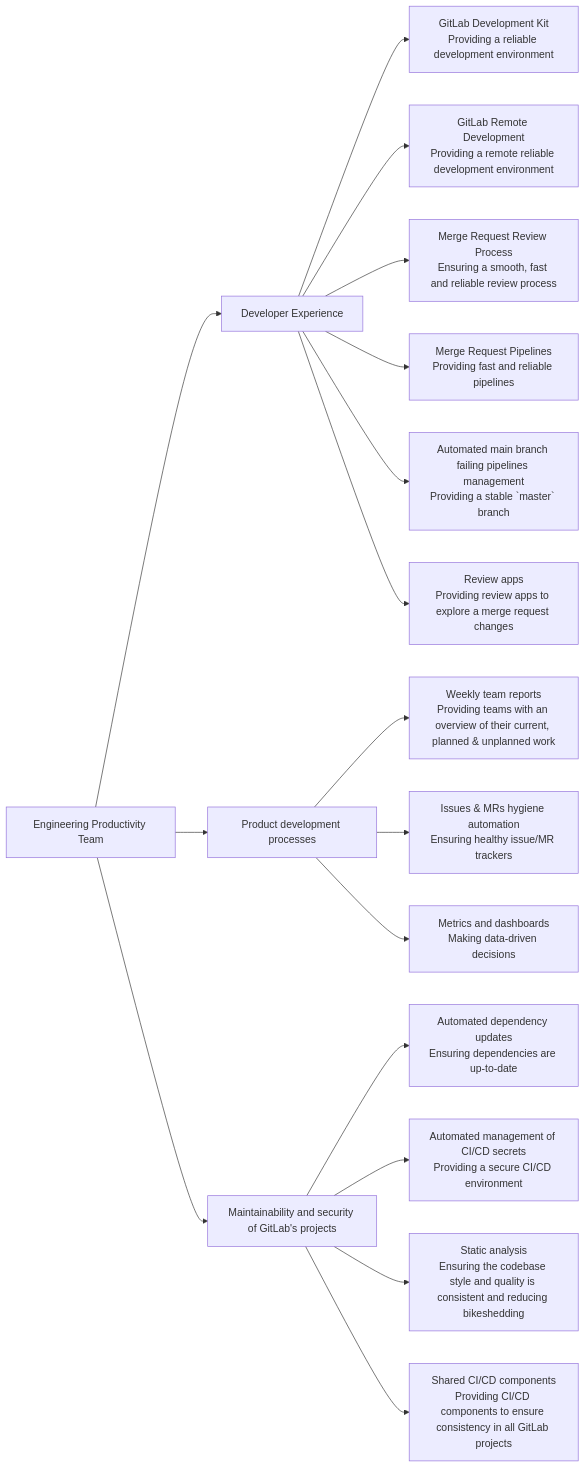
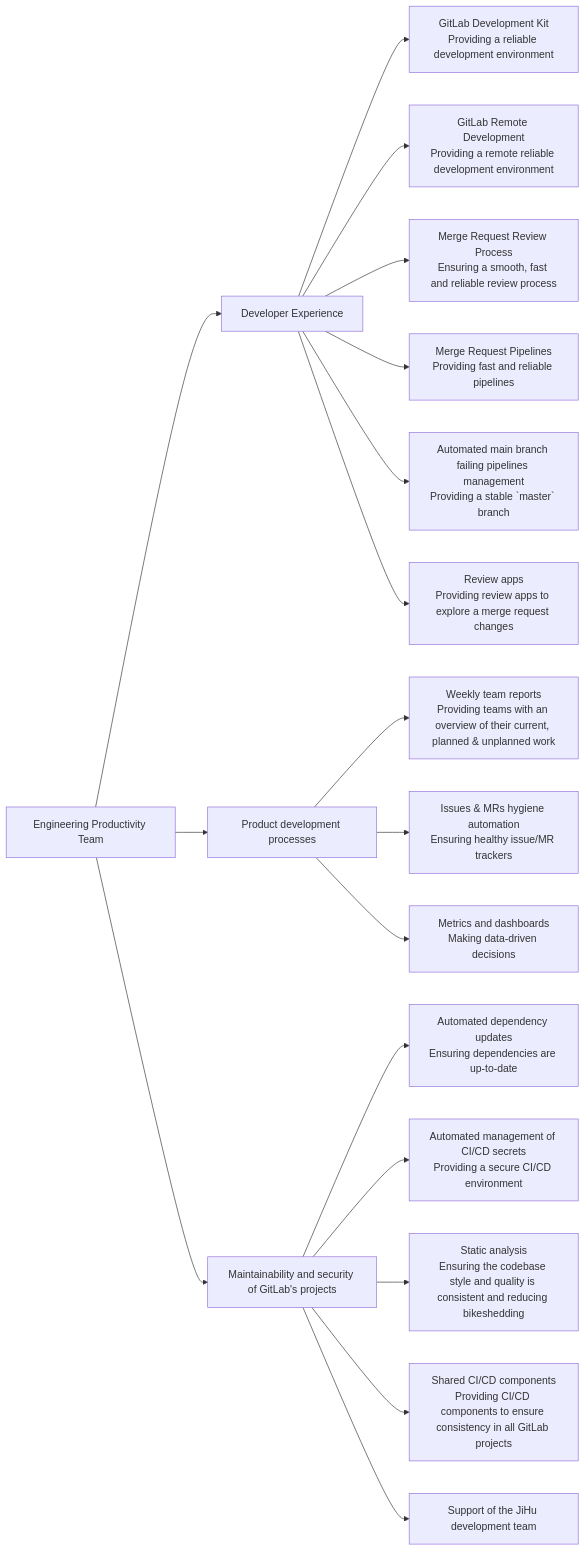
The diagram in content/handbook/engineering/infrastructure/engineering-productivity/_index.md (moliver28/research-handbook), drawn with Mermaid before and after one commit. The commit also changed other lines of this file, not shown here.

Commit message:
Small tweaks after latest feedback from the team

````diff
--- a/content/handbook/engineering/infrastructure/engineering-productivity/_index.md
+++ b/content/handbook/engineering/infrastructure/engineering-productivity/_index.md
@@ -47,36 +47,38 @@
 ```mermaid
 graph LR
     A[Engineering Productivity Team]
 
     A --> C[Developer Experience]
     C --> C1[GitLab Development Kit<br>Providing a reliable development environment]
     click C1 "https://gitlab.com/groups/gitlab-org/quality/engineering-productivity/-/epics/31"
     C --> C2[GitLab Remote Development<br>Providing a remote reliable development environment]
-    click C2 "https://gitlab.com/groups/gitlab-org/quality/engineering-productivity/-/epics/31"
+    click C2 "https://gitlab.com/groups/gitlab-org/-/epics/11799"
     C --> C3[Merge Request Review Process<br>Ensuring a smooth, fast and reliable review process]
     click C3 "https://gitlab.com/groups/gitlab-org/quality/engineering-productivity/-/epics/34"
     C --> C4[Merge Request Pipelines<br>Providing fast and reliable pipelines]
     click C4 "https://gitlab.com/groups/gitlab-org/quality/engineering-productivity/-/epics/28"
     C --> C5[Automated main branch failing pipelines management<br>Providing a stable `master` branch]
     click C5 "https://gitlab.com/groups/gitlab-org/quality/engineering-productivity/-/epics/30"
     C --> C6[Review apps<br>Providing review apps to explore a merge request changes]
     click C6 "https://gitlab.com/groups/gitlab-org/quality/engineering-productivity/-/epics/33"
 
     A --> B[Product development processes]
     B --> B1[Weekly team reports<br>Providing teams with an overview of their current, planned & unplanned work]
     click B1 "https://gitlab.com/groups/gitlab-org/quality/engineering-productivity/-/epics/32"
     B --> B2[Issues & MRs hygiene automation<br>Ensuring healthy issue/MR trackers]
     click B2 "https://gitlab.com/groups/gitlab-org/quality/engineering-productivity/-/epics/32"
     B --> B3[Metrics and dashboards<br>Making data-driven decisions]
     click B3 "https://gitlab.com/groups/gitlab-org/quality/engineering-productivity/-/epics/36"
 
     A --> D[Maintainability and security of GitLab's projects]
     D --> D1[Automated dependency updates<br>Ensuring dependencies are up-to-date]
     click D1 "https://gitlab.com/groups/gitlab-org/quality/engineering-productivity/-/epics/40"
     D --> D2[Automated management of CI/CD secrets<br>Providing a secure CI/CD environment]
     click D2 "https://gitlab.com/groups/gitlab-org/quality/engineering-productivity/-/epics/46"
     D --> D3[Static analysis<br>Ensuring the codebase style and quality is consistent and reducing bikeshedding]
     click D3 "https://gitlab.com/groups/gitlab-org/quality/engineering-productivity/-/epics/38"
     D --> D4[Shared CI/CD components<br>Providing CI/CD components to ensure consistency in all GitLab projects]
-    click D5 "https://gitlab.com/groups/gitlab-org/quality/engineering-productivity/-/epics/41"
+    click D4 "https://gitlab.com/groups/gitlab-org/quality/engineering-productivity/-/epics/41"
+    D --> D5[Support of the JiHu development team]
+    click D5 "https://gitlab.com/groups/gitlab-org/quality/engineering-productivity/-/epics/35"
 ```
````
